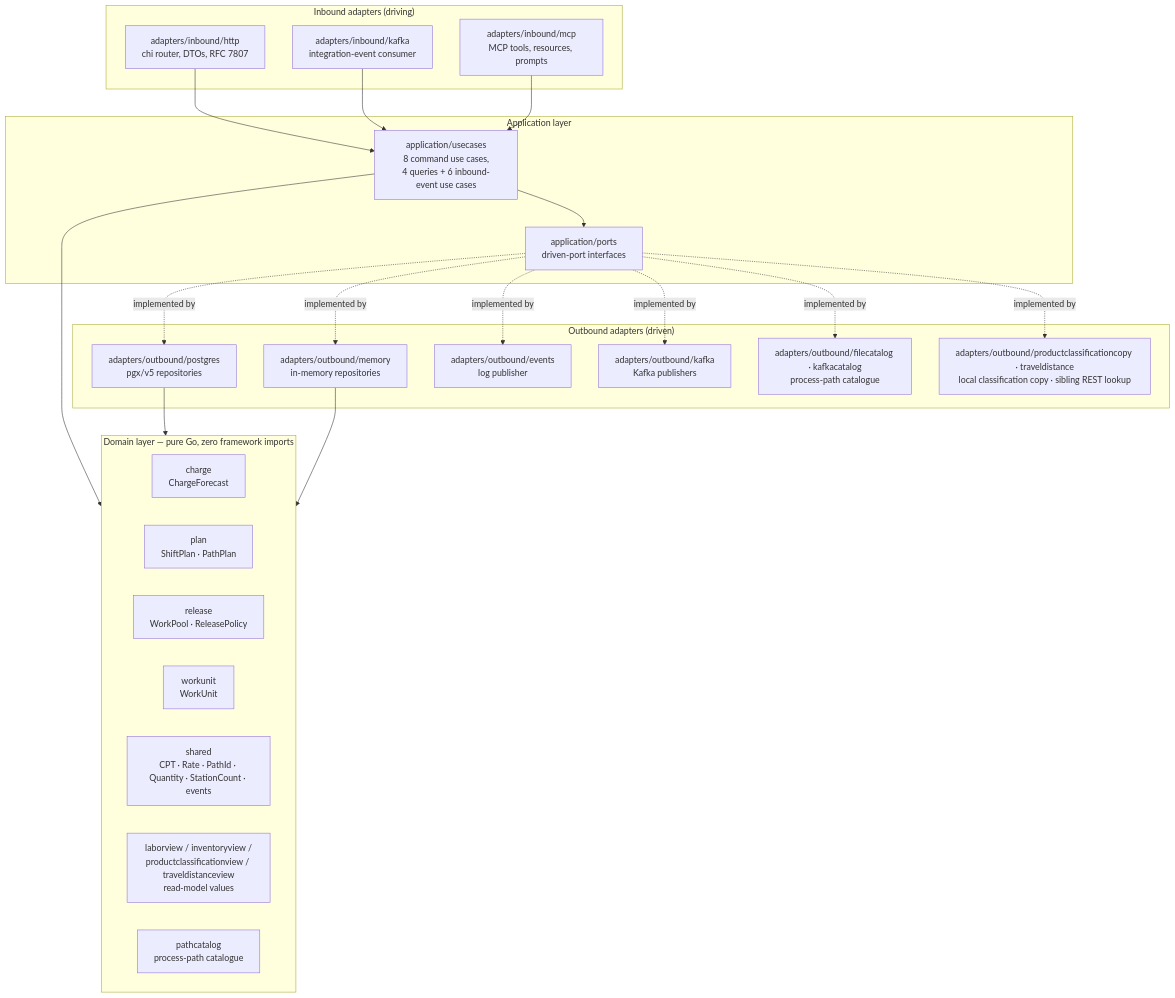
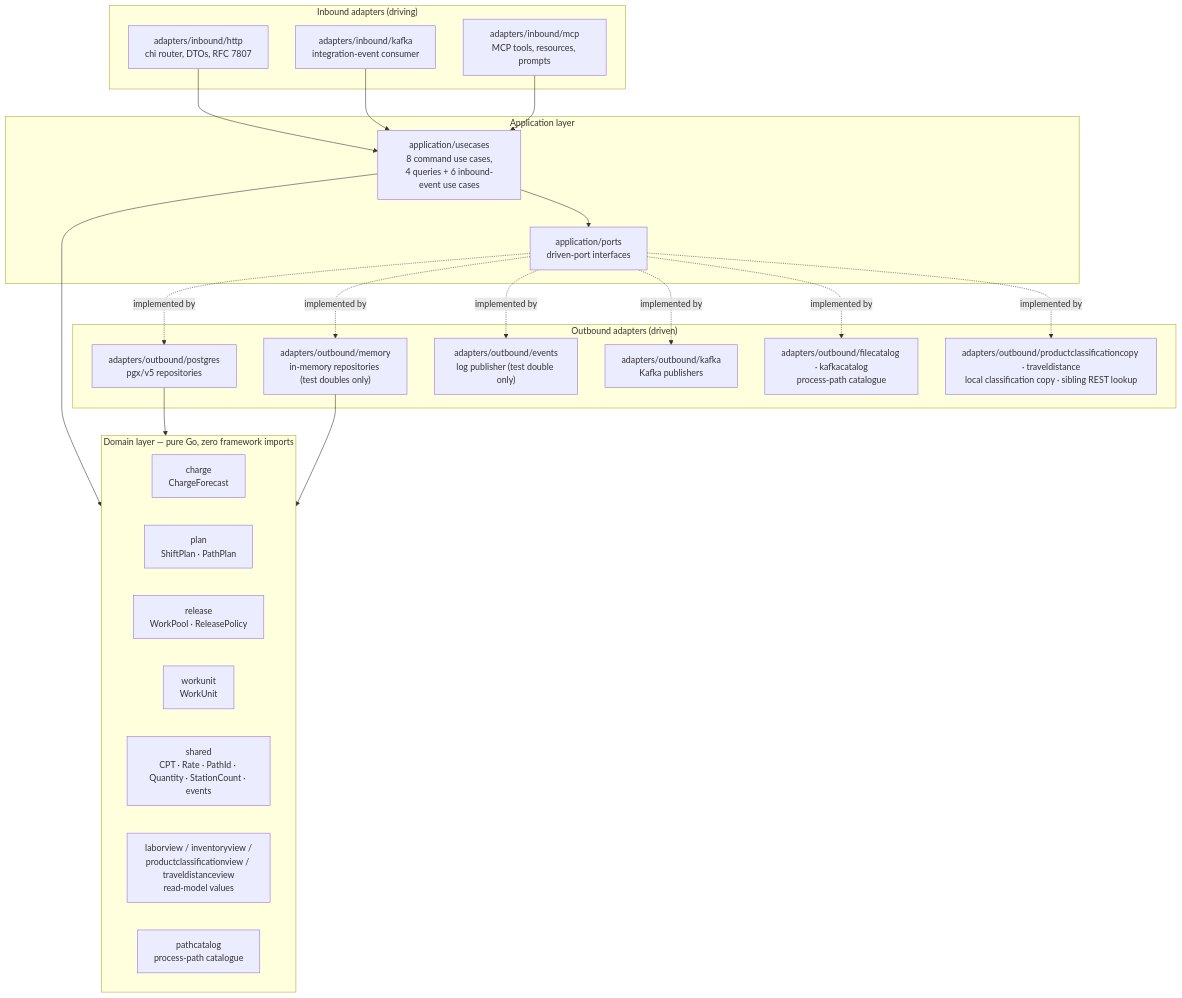
Before and after one commit to IQVO/wes-work-planning: the first of 2 diagrams in docs/docs/overview/hexagonal-layering.md, drawn with Mermaid. The commit also changed other lines of this file and 24 other files, not shown here.

````diff
--- a/docs/docs/overview/hexagonal-layering.md
+++ b/docs/docs/overview/hexagonal-layering.md
@@ -18,46 +18,46 @@
 ```mermaid
 flowchart TB
     subgraph inbound["Inbound adapters (driving)"]
         HTTP["adapters/inbound/http<br/>chi router, DTOs, RFC 7807"]
         KIN["adapters/inbound/kafka<br/>integration-event consumer"]
         MCPIN["adapters/inbound/mcp<br/>MCP tools, resources, prompts"]
     end
 
     subgraph app["Application layer"]
         UC["application/usecases<br/>8 command use cases,<br/>4 queries + 6 inbound-event use cases"]
         PORTS["application/ports<br/>driven-port interfaces"]
     end
 
     subgraph domain["Domain layer — pure Go, zero framework imports"]
         CH["charge<br/>ChargeForecast"]
         PL["plan<br/>ShiftPlan · PathPlan"]
         RE["release<br/>WorkPool · ReleasePolicy"]
         WU["workunit<br/>WorkUnit"]
         SH["shared<br/>CPT · Rate · PathId · Quantity · StationCount · events"]
         LV["laborview / inventoryview /<br/>productclassificationview / traveldistanceview<br/>read-model values"]
         PC["pathcatalog<br/>process-path catalogue"]
     end
 
     subgraph outbound["Outbound adapters (driven)"]
         PG["adapters/outbound/postgres<br/>pgx/v5 repositories"]
-        MEM["adapters/outbound/memory<br/>in-memory repositories"]
-        EV["adapters/outbound/events<br/>log publisher"]
+        MEM["adapters/outbound/memory<br/>in-memory repositories (test doubles only)"]
+        EV["adapters/outbound/events<br/>log publisher (test double only)"]
         KOUT["adapters/outbound/kafka<br/>Kafka publishers"]
         CAT["adapters/outbound/filecatalog · kafkacatalog<br/>process-path catalogue"]
         LOOK["adapters/outbound/productclassificationcopy · traveldistance<br/>local classification copy · sibling REST lookup"]
     end
 
     HTTP --> UC
     KIN --> UC
     MCPIN --> UC
     UC --> PORTS
     UC --> domain
     PORTS -.implemented by.-> PG
     PORTS -.implemented by.-> MEM
     PORTS -.implemented by.-> EV
     PORTS -.implemented by.-> KOUT
     PORTS -.implemented by.-> CAT
     PORTS -.implemented by.-> LOOK
     PG --> domain
     MEM --> domain
 ```
````
